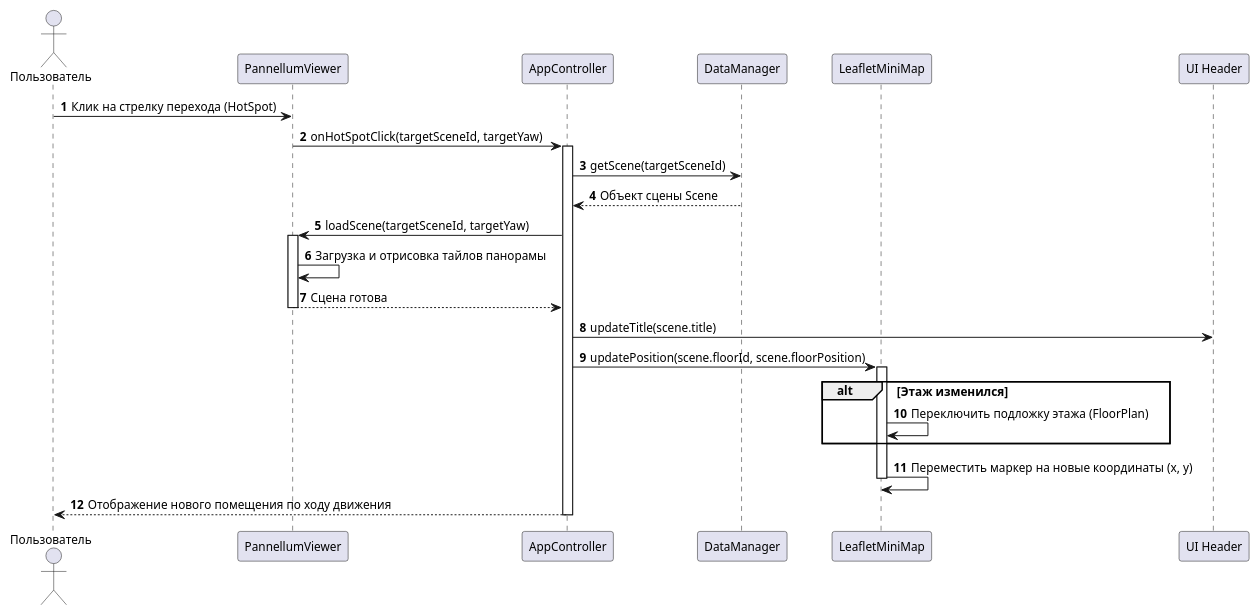
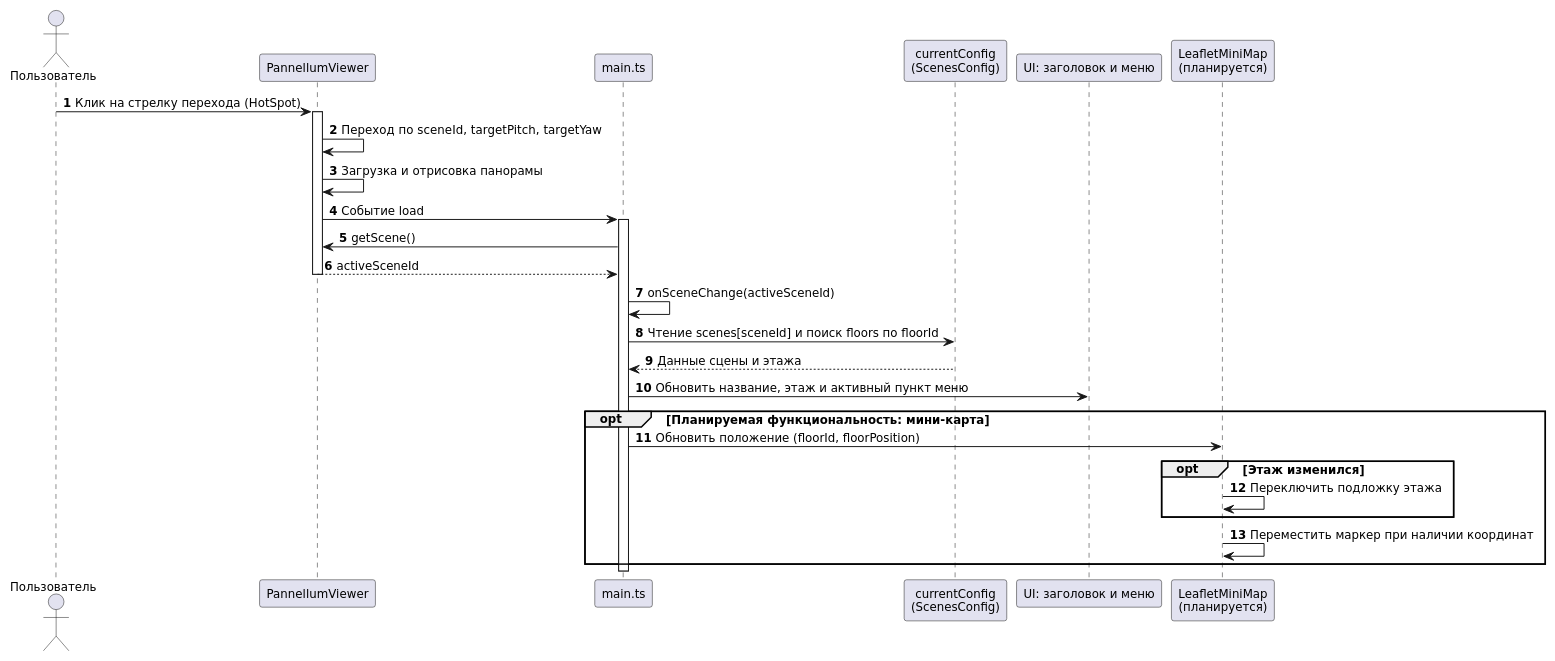
One commit to Ely1266/miigaik-virtual-tour changed the diagram in docs/uml/sequence_hotspot.puml. Above: the diagram before and after it, drawn with PlantUML. The commit also changed 3 other files, not shown here.

Commit message:
Уточнить поведенческие диаграммы приложения

```diff
--- a/docs/uml/sequence_hotspot.puml
+++ b/docs/uml/sequence_hotspot.puml
@@ -1,38 +1,34 @@
 @startuml sequence_hotspot
 autonumber
-skinparam defaultFontName "Segoe UI", Arial, sans-serif
+skinparam defaultFontName "DejaVu Sans"
 skinparam defaultFontSize 12
 
 actor "Пользователь" as User
 participant "PannellumViewer" as Viewer
-participant "AppController" as Ctrl
-participant "DataManager" as Data
-participant "LeafletMiniMap" as Map
-participant "UI Header" as UI
+participant "main.ts" as Ctrl
+participant "currentConfig\n(ScenesConfig)" as Data
+participant "UI: заголовок и меню" as UI
+participant "LeafletMiniMap\n(планируется)" as Map
 
 User -> Viewer : Клик на стрелку перехода (HotSpot)
-Viewer -> Ctrl : onHotSpotClick(targetSceneId, targetYaw)
+activate Viewer
+Viewer -> Viewer : Переход по sceneId, targetPitch, targetYaw
+Viewer -> Viewer : Загрузка и отрисовка панорамы
+Viewer -> Ctrl : Событие load
 activate Ctrl
-
-Ctrl -> Data : getScene(targetSceneId)
-Data --> Ctrl : Объект сцены Scene
-
-Ctrl -> Viewer : loadScene(targetSceneId, targetYaw)
-activate Viewer
-Viewer -> Viewer : Загрузка и отрисовка тайлов панорамы
-Viewer --> Ctrl : Сцена готова
+Ctrl -> Viewer : getScene()
+Viewer --> Ctrl : activeSceneId
 deactivate Viewer
-
-Ctrl -> UI : updateTitle(scene.title)
-Ctrl -> Map : updatePosition(scene.floorId, scene.floorPosition)
-activate Map
-alt Этаж изменился
-    Map -> Map : Переключить подложку этажа (FloorPlan)
+Ctrl -> Ctrl : onSceneChange(activeSceneId)
+Ctrl -> Data : Чтение scenes[sceneId] и поиск floors по floorId
+Data --> Ctrl : Данные сцены и этажа
+Ctrl -> UI : Обновить название, этаж и активный пункт меню
+opt Планируемая функциональность: мини-карта
+    Ctrl -> Map : Обновить положение (floorId, floorPosition)
+    opt Этаж изменился
+        Map -> Map : Переключить подложку этажа
+    end
+    Map -> Map : Переместить маркер при наличии координат
 end
-Map -> Map : Переместить маркер на новые координаты (x, y)
-deactivate Map
-
-Ctrl --> User : Отображение нового помещения по ходу движения
 deactivate Ctrl
-
 @enduml
```
